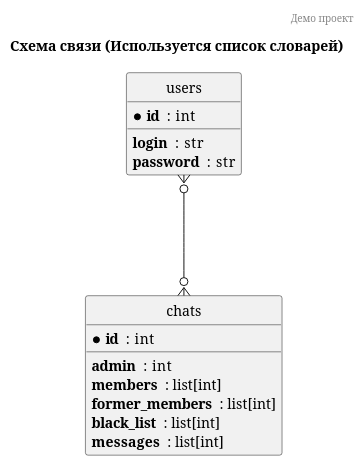
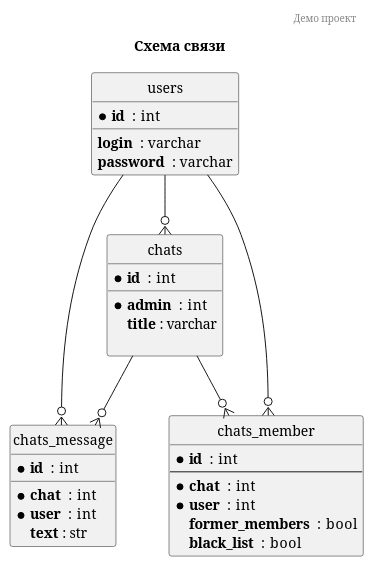
One commit to Vurgul/project_chat changed the diagram in docs/db_scheme.puml. Above: the diagram before and after it, drawn with PlantUML. The commit also changed 11 other files, not shown here.

```diff
--- a/docs/db_scheme.puml
+++ b/docs/db_scheme.puml
@@ -1,26 +1,46 @@
 @startuml
 
 header Демо проект
-title Схема связи (Используется список словарей)
+title Схема связи
 
 hide circle
 
 entity users {
   * **id**  :  int
   __
-  **login**  :  str
-  **password**  :  str
+  **login**  :  varchar
+  **password**  :  varchar
 }
 
 entity chats {
   * **id**  :  int
   __
-  **admin**  :  int
-  **members**  :  list[int]
-  **former_members**  :  list[int]
-  **black_list**  :  list[int]
-  **messages**  :  list[int]
+  * **admin**  :  int
+  **title** : varchar
+
 }
 
-users }o---o{ chats
+entity chats_message {
+  * **id**  :  int
+  __
+  * **chat**  :  int
+  * **user**  :  int
+  **text** : str
+}
+
+entity chats_member {
+  * **id**  :  int
+  --
+  * **chat**  :  int
+  * **user**  :  int
+  **former_members**  :  bool
+  **black_list**  :  bool
+}
+
+
+users --o{ chats
+users --o{ chats_member
+users --o{ chats_message
+chats --o{ chats_member
+chats --o{ chats_message
 @enduml
```
